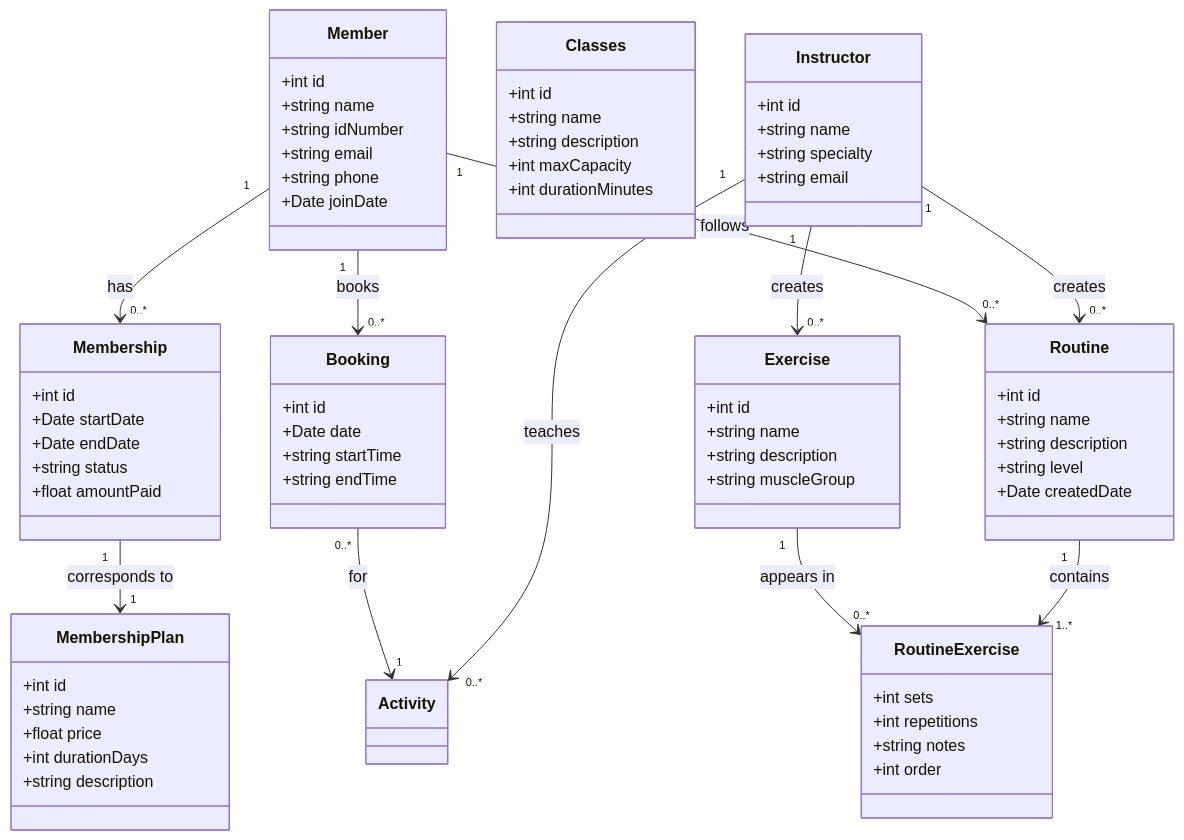
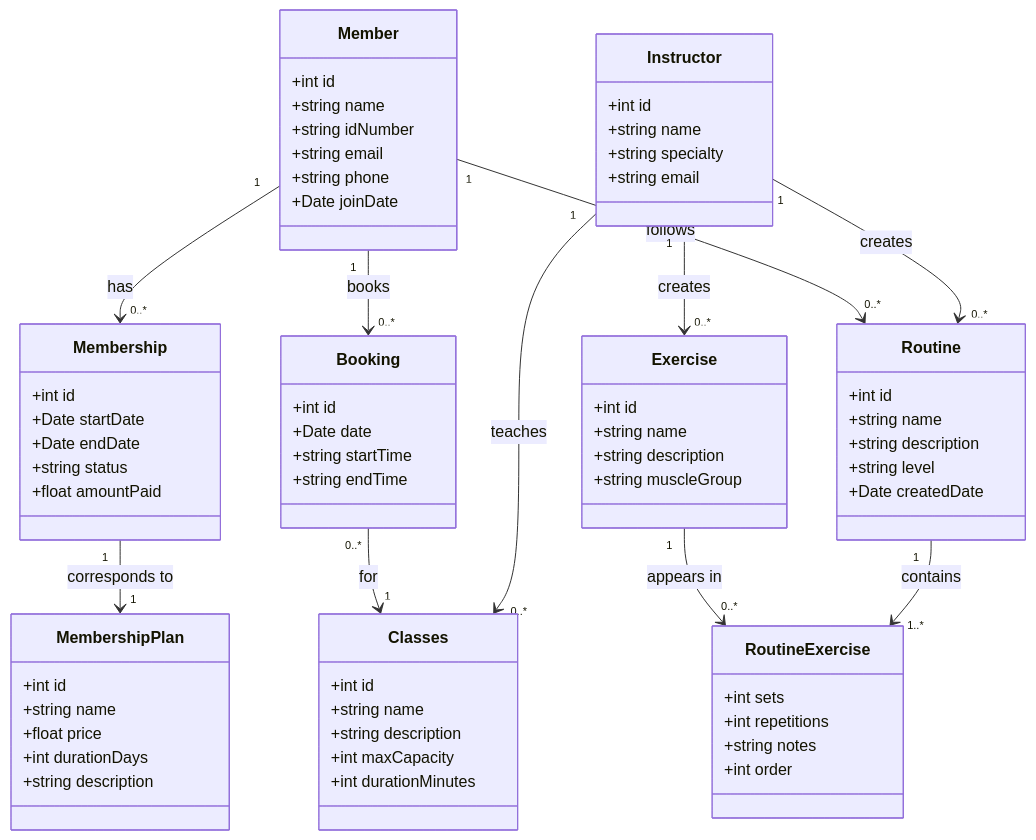
The diagram in proposal.md (AlejoMistra/TP-DSW), drawn with Mermaid before and after one commit.

Commit message:
Update relationships in proposal.md for Classes

```diff
--- a/proposal.md
+++ b/proposal.md
@@ -108,9 +108,9 @@
 Membership "1" --> "1" MembershipPlan : corresponds to
 
 Member "1" --> "0..*" Booking : books
-Booking "0..*" --> "1" Activity : for
+Booking "0..*" --> "1" Classes : for
 
-Instructor "1" --> "0..*" Activity : teaches
+Instructor "1" --> "0..*" Classes : teaches
 
 Member "1" --> "0..*" Routine : follows
 Routine "1" --> "1..*" RoutineExercise : contains
```
